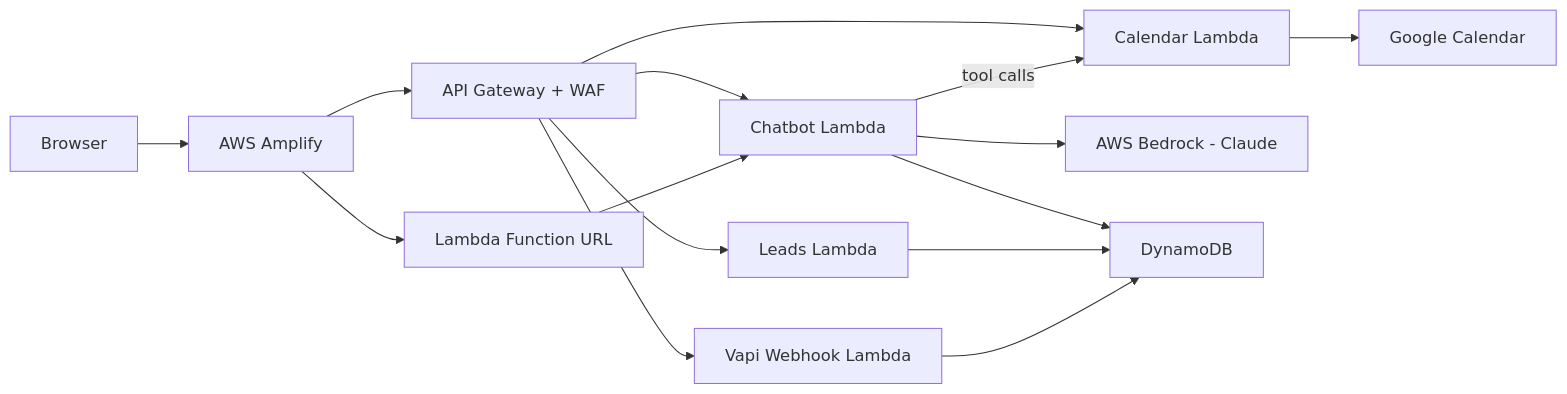
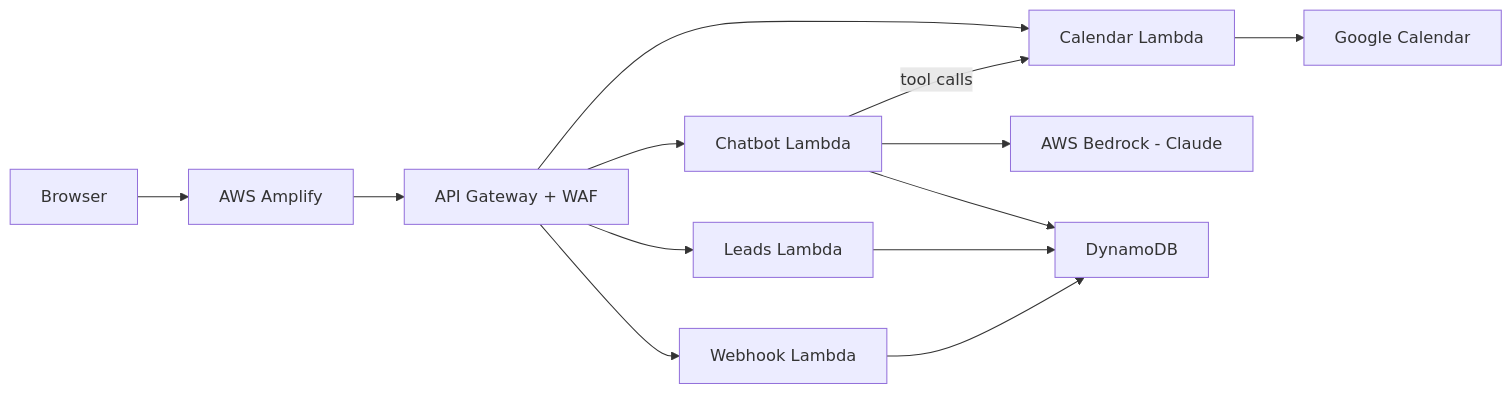
One commit to medysaly/unkommon changed the diagram in README.md. Above: the diagram before and after it, drawn with Mermaid. The commit also changed other lines of this file, not shown here.

````diff
--- a/README.md
+++ b/README.md
@@ -31,17 +31,15 @@
 ```mermaid
 graph LR
     A[Browser] --> B[AWS Amplify]
     B --> C[API Gateway + WAF]
     C --> D[Chatbot Lambda]
     C --> E[Calendar Lambda]
     C --> F[Leads Lambda]
-    C --> G[Vapi Webhook Lambda]
+    C --> G[Webhook Lambda]
     D --> H[AWS Bedrock - Claude]
     D --> I[DynamoDB]
     E --> J[Google Calendar]
     F --> I
     G --> I
     D -->|tool calls| E
-    B --> K[Lambda Function URL]
-    K --> D
 ```
````
